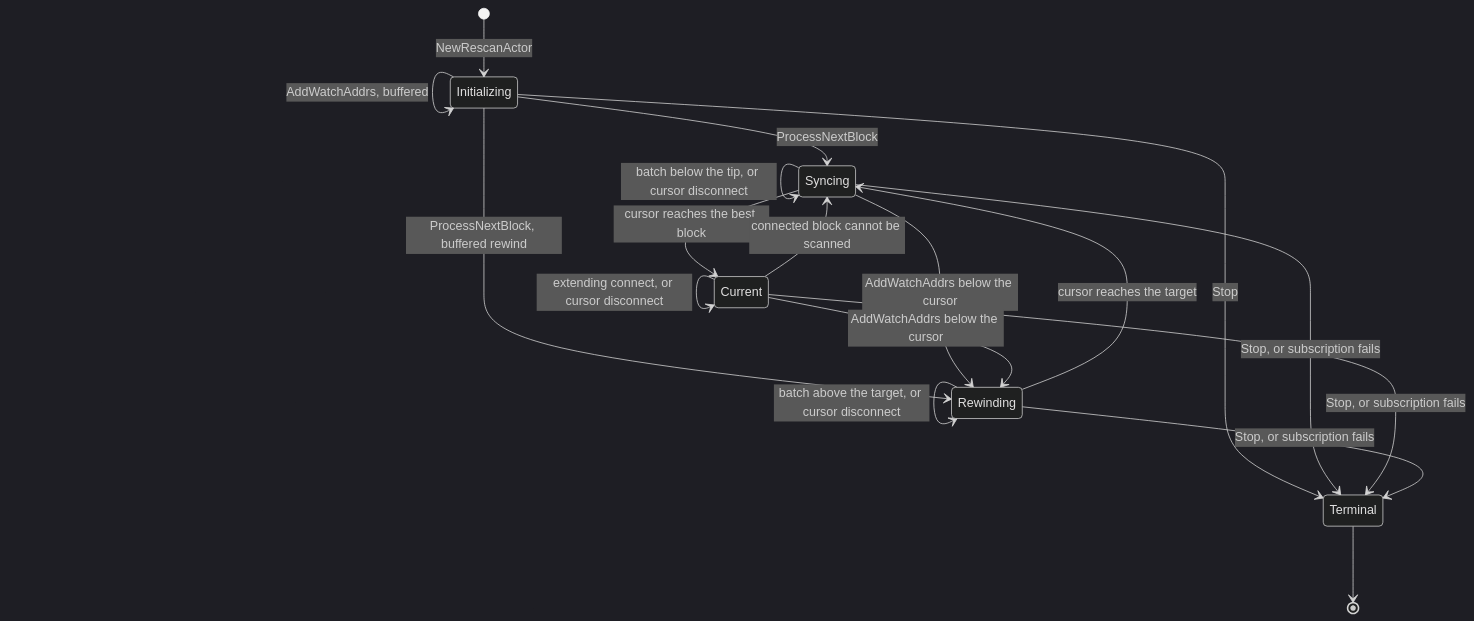
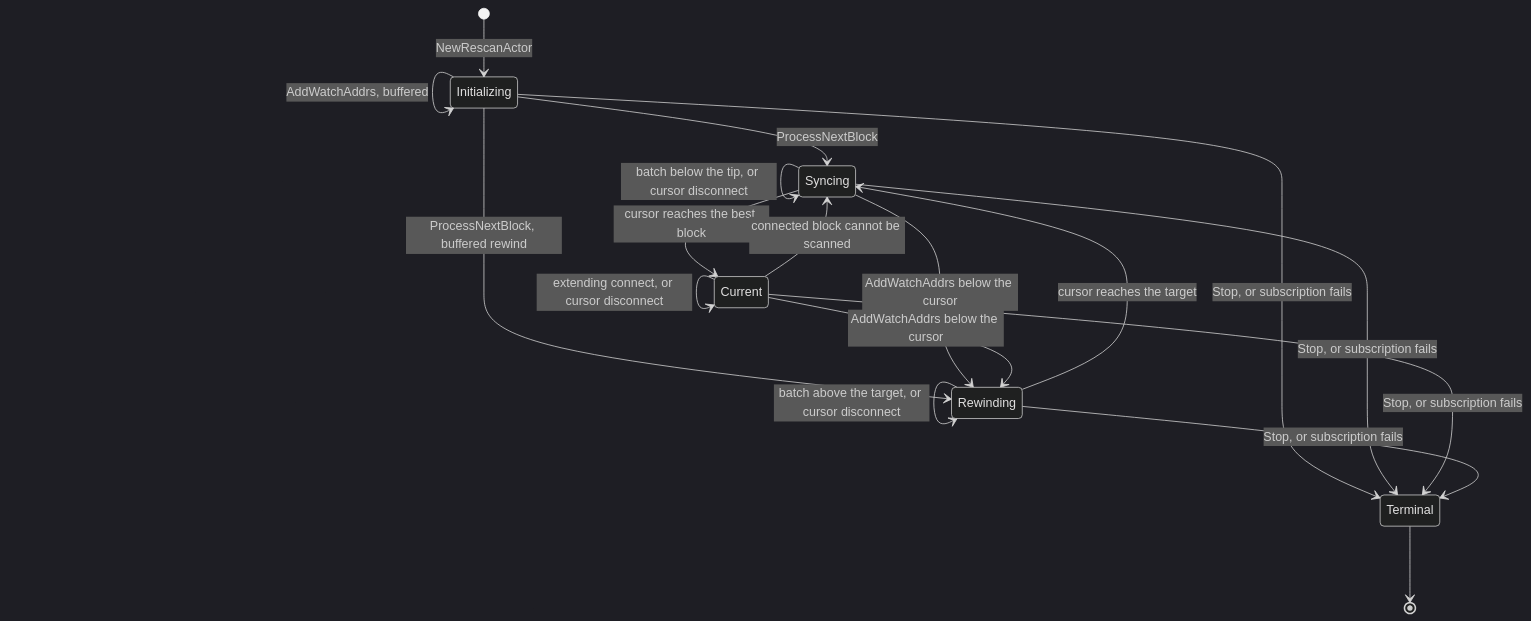
One commit to lightninglabs/neutrino changed the diagram in docs/rescan-actor.md. Above: the diagram before and after it, drawn with Mermaid (dark theme). The commit also changed other lines of this file and 6 other files, not shown here.

````diff
--- a/docs/rescan-actor.md
+++ b/docs/rescan-actor.md
@@ -12,20 +12,20 @@
 ```mermaid
 stateDiagram-v2
     [*] --> Initializing: NewRescanActor
     Initializing --> Initializing: AddWatchAddrs, buffered
     Initializing --> Syncing: ProcessNextBlock
     Initializing --> Rewinding: ProcessNextBlock, buffered rewind
     Syncing --> Syncing: batch below the tip, or cursor disconnect
     Syncing --> Current: cursor reaches the best block
     Syncing --> Rewinding: AddWatchAddrs below the cursor
     Current --> Current: extending connect, or cursor disconnect
     Current --> Syncing: connected block cannot be scanned
     Current --> Rewinding: AddWatchAddrs below the cursor
     Rewinding --> Rewinding: batch above the target, or cursor disconnect
     Rewinding --> Syncing: cursor reaches the target
-    Initializing --> Terminal: Stop
+    Initializing --> Terminal: Stop, or subscription fails
     Syncing --> Terminal: Stop, or subscription fails
     Current --> Terminal: Stop, or subscription fails
     Rewinding --> Terminal: Stop, or subscription fails
     Terminal --> [*]
 ```
````
